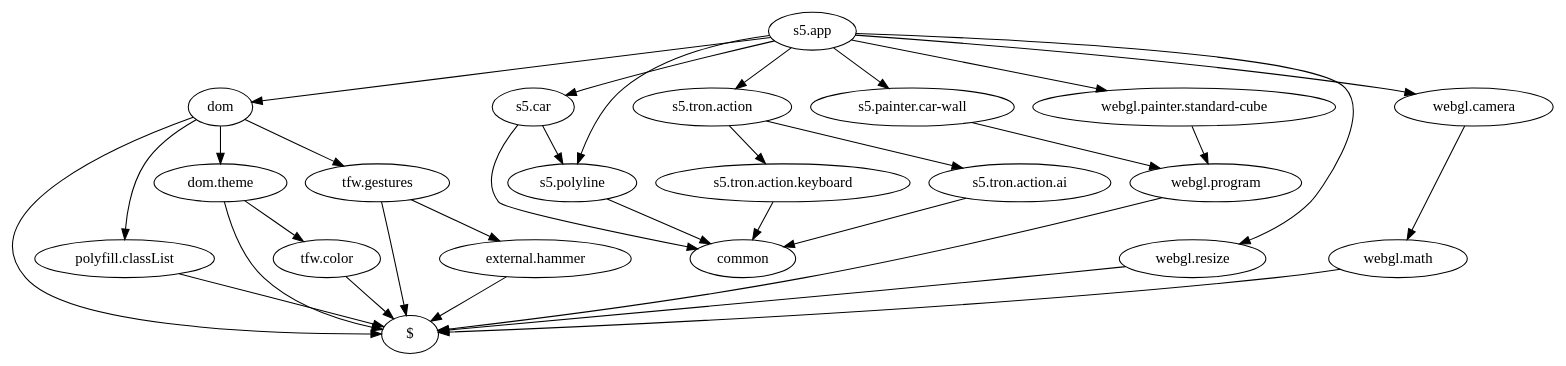
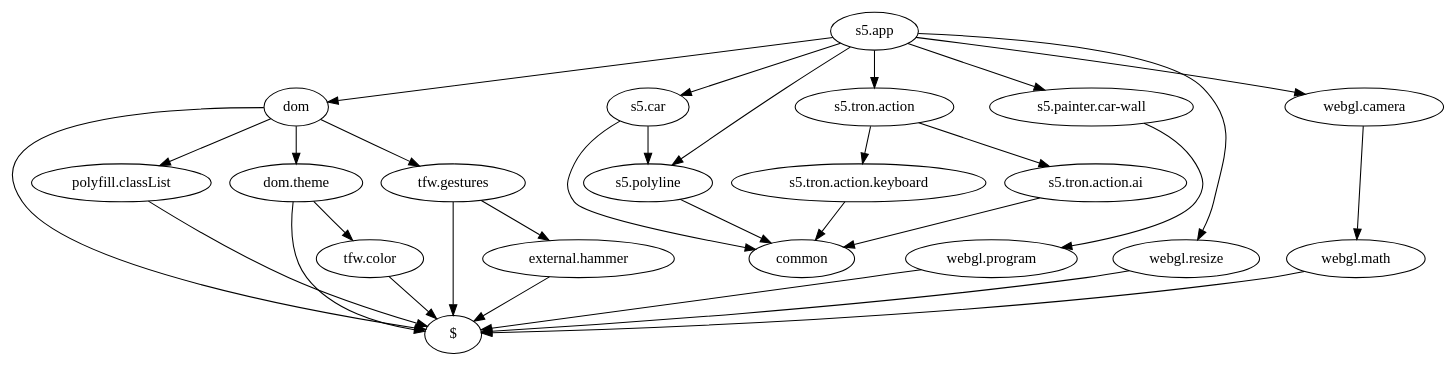
The diagram in doc/s5.html.dot (tolokoban/game-tron), drawn with Graphviz before and after one commit. The commit also changed 47 other files, not shown here.

```diff
--- a/doc/s5.html.dot
+++ b/doc/s5.html.dot
@@ -1,49 +1,46 @@
 digraph dependencies {
     "s5.app" -> "dom"
 
     "s5.app" -> "s5.car"
 
     "s5.app" -> "s5.tron.action"
 
     "s5.app" -> "s5.polyline"
 
     "s5.app" -> "s5.painter.car-wall"
 
     "s5.app" -> "webgl.resize"
 
     "s5.app" -> "webgl.camera"
-
-    "s5.app" -> "webgl.painter.standard-cube"
-    "webgl.painter.standard-cube" -> "webgl.program"
-    "webgl.program" -> "$"
     "webgl.camera" -> "webgl.math"
     "webgl.math" -> "$"
     "webgl.resize" -> "$"
     "s5.painter.car-wall" -> "webgl.program"
+    "webgl.program" -> "$"
     "s5.polyline" -> "common"
     "s5.tron.action" -> "s5.tron.action.keyboard"
 
     "s5.tron.action" -> "s5.tron.action.ai"
     "s5.tron.action.ai" -> "common"
     "s5.tron.action.keyboard" -> "common"
     "s5.car" -> "s5.polyline"
 
     "s5.car" -> "common"
     "dom" -> "$"
 
     "dom" -> "polyfill.classList"
 
     "dom" -> "dom.theme"
 
     "dom" -> "tfw.gestures"
     "tfw.gestures" -> "$"
 
     "tfw.gestures" -> "external.hammer"
     "external.hammer" -> "$"
     "dom.theme" -> "$"
 
     "dom.theme" -> "tfw.color"
     "tfw.color" -> "$"
     "polyfill.classList" -> "$"
 
 }
```
